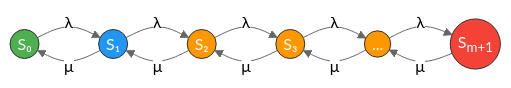
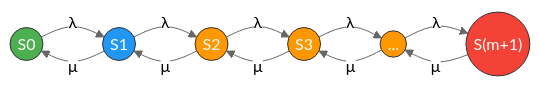
One commit to stareeg/simulation-modeling-notes changed the fifth of 5 diagrams in docs/05-queueing-basics.md. Above: the diagram before and after it, drawn with Mermaid (neutral theme). The commit also changed other lines of this file and 14 other files, not shown here.

````diff
--- a/docs/05-queueing-basics.md
+++ b/docs/05-queueing-basics.md
@@ -457,20 +549,20 @@
 ```mermaid
 graph LR
-    S0(("S₀")) -->|"λ"| S1(("S₁"))
+    S0(("S0")) -->|"λ"| S1(("S1"))
     S1 -->|"μ"| S0
-    S1 -->|"λ"| S2(("S₂"))
+    S1 -->|"λ"| S2(("S2"))
     S2 -->|"μ"| S1
-    S2 -->|"λ"| S3(("S₃"))
+    S2 -->|"λ"| S3(("S3"))
     S3 -->|"μ"| S2
     S3 -->|"λ"| S4(("..."))
     S4 -->|"μ"| S3
-    S4 -->|"λ"| Sm(("S<sub>m+1</sub>"))
+    S4 -->|"λ"| Sm(("S(m+1)"))
     Sm -->|"μ"| S4
 
     style S0 fill:#4CAF50,stroke:#333,color:#fff
     style S1 fill:#2196F3,stroke:#333,color:#fff
     style S2 fill:#FF9800,stroke:#333,color:#fff
     style S3 fill:#FF9800,stroke:#333,color:#fff
     style S4 fill:#FF9800,stroke:#333,color:#fff
     style Sm fill:#f44336,stroke:#333,color:#fff
 ```
````
